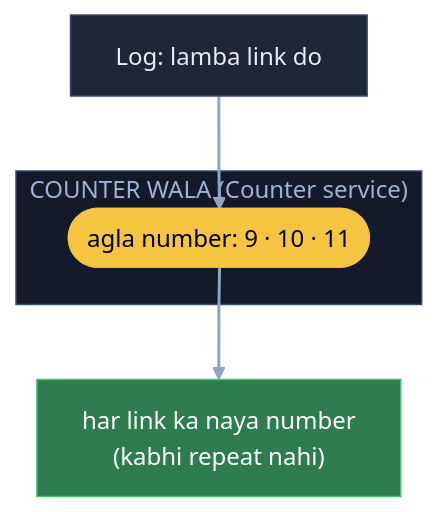
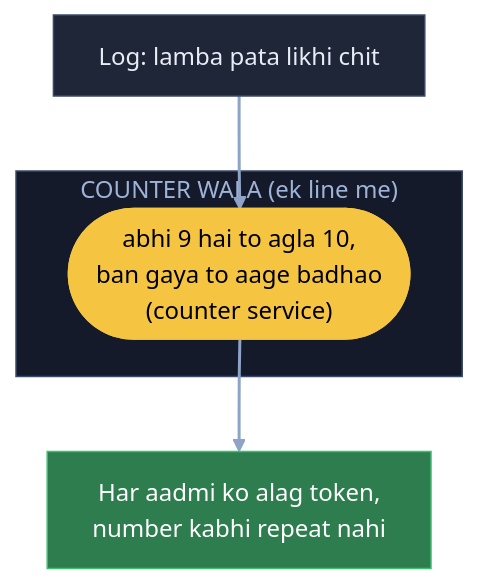
One commit to ArpanMaheshwari144/Prep changed the first of 13 diagrams in 04_HLD/SYSTEM_DESIGNS/01_url_shortener/01_url_shortener.md. Above: the diagram before and after it, drawn with Mermaid. The commit also changed other lines of this file, not shown here.

Commit message:
URL: 13 diagram hand notes ke shabdon se (K4 naya), K7 / K12 kahani notes jaisi

````diff
--- a/04_HLD/SYSTEM_DESIGNS/01_url_shortener/01_url_shortener.md
+++ b/04_HLD/SYSTEM_DESIGNS/01_url_shortener/01_url_shortener.md
@@ -33,16 +33,16 @@
 ```mermaid
 flowchart TB
-    U["Log: lamba link do"]:::card
-    subgraph C["COUNTER WALA (Counter service)"]
-        N(["agla number: 9 · 10 · 11"]):::pill
+    L["Log: lamba pata likhi chit"]:::card
+    subgraph CW["COUNTER WALA (ek line me)"]
+        N(["abhi 9 hai to agla 10,<br/>ban gaya to aage badhao<br/>(counter service)"]):::pill
     end
-    T["har link ka naya number<br/>(kabhi repeat nahi)"]:::good
-    U --> N
+    T["Har aadmi ko alag token,<br/>number kabhi repeat nahi"]:::good
+    L --> N
     N --> T
     linkStyle default stroke:#8fa3c7,stroke-width:2px
     classDef card fill:#1e2638,stroke:#3a4a6b,color:#e8ecf5
     classDef pill fill:#f5c542,stroke:#f5c542,color:#000
     classDef good fill:#2e7d4f,stroke:#3fbf6f,color:#fff
     classDef bad fill:#5c1f24,stroke:#e05561,color:#fff
-    style C fill:#141a29,stroke:#3a4a6b,color:#9fb3d9
+    style CW fill:#141a29,stroke:#3a4a6b,color:#9fb3d9
 ```
````
